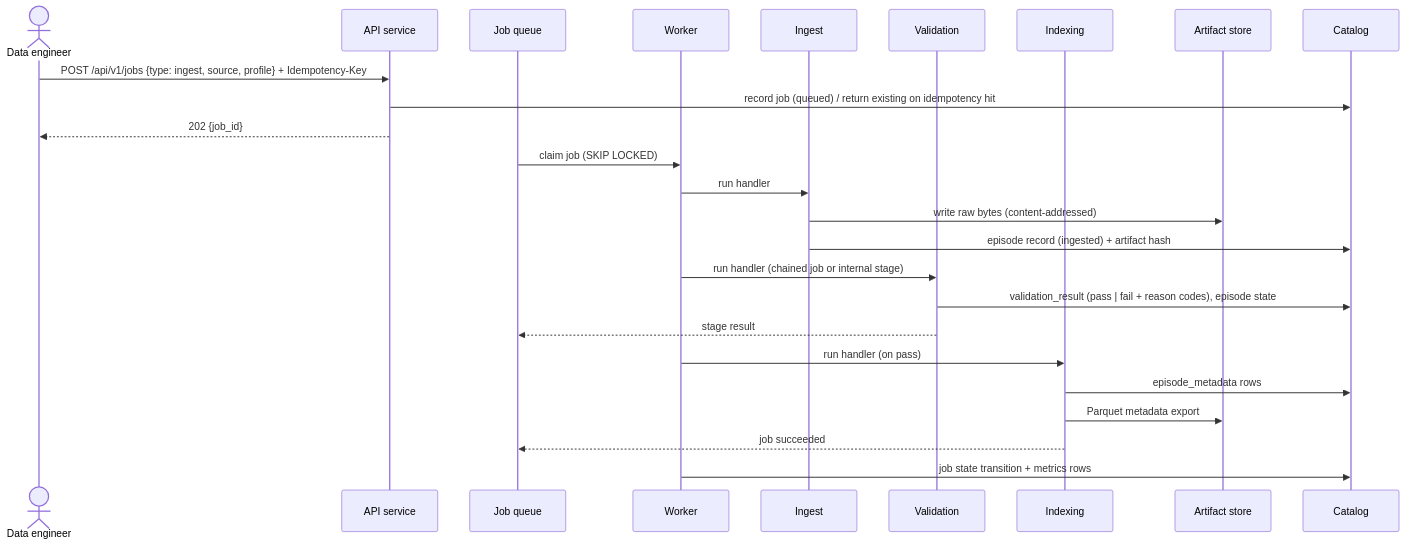
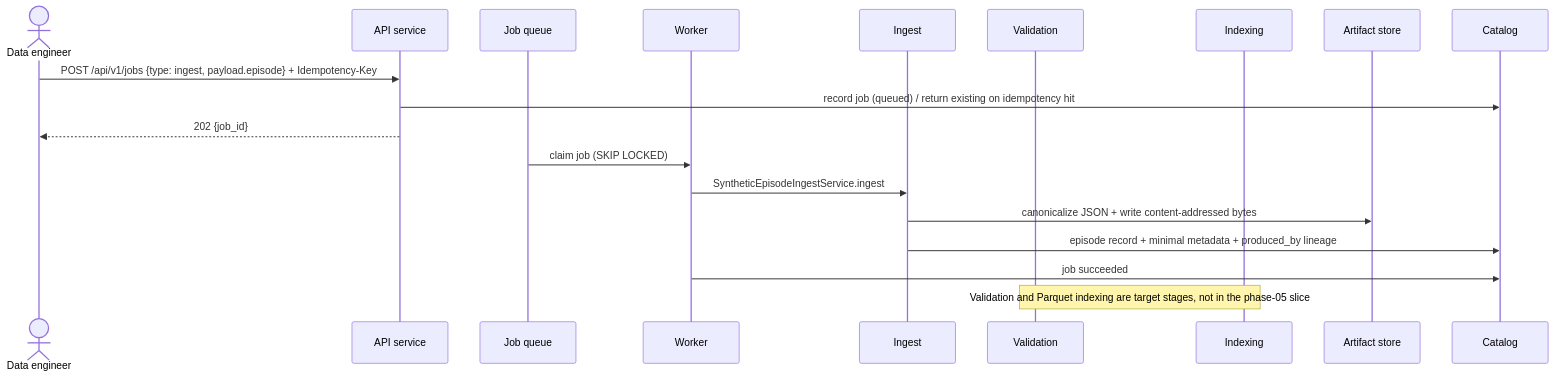
The first of 4 diagrams in agents/architecture/data-flow.md (eddisonpham/Faultlined), drawn with Mermaid before and after one commit. The commit also changed other lines of this file and 68 other files, not shown here.

First line of the commit message:
feat: add synthetic ingest and benchmark foundations

````diff
--- a/agents/architecture/data-flow.md
+++ b/agents/architecture/data-flow.md
@@ -8,28 +8,22 @@
 ```mermaid
 sequenceDiagram
   actor DE as Data engineer
   participant API as API service
   participant Q as Job queue
   participant W as Worker
   participant I as Ingest
   participant V as Validation
   participant IX as Indexing
   participant A as Artifact store
   participant C as Catalog
 
-  DE->>API: POST /api/v1/jobs {type: ingest, source, profile} + Idempotency-Key
+  DE->>API: POST /api/v1/jobs {type: ingest, payload.episode} + Idempotency-Key
   API->>C: record job (queued) / return existing on idempotency hit
   API-->>DE: 202 {job_id}
   Q->>W: claim job (SKIP LOCKED)
-  W->>I: run handler
-  I->>A: write raw bytes (content-addressed)
-  I->>C: episode record (ingested) + artifact hash
-  W->>V: run handler (chained job or internal stage)
-  V->>C: validation_result (pass | fail + reason codes), episode state
-  V-->>Q: stage result
-  W->>IX: run handler (on pass)
-  IX->>C: episode_metadata rows
-  IX->>A: Parquet metadata export
-  IX-->>Q: job succeeded
-  W->>C: job state transition + metrics rows
+  W->>I: SyntheticEpisodeIngestService.ingest
+  I->>A: canonicalize JSON + write content-addressed bytes
+  I->>C: episode record + minimal metadata + produced_by lineage
+  W->>C: job succeeded
+  Note over V,IX: Validation and Parquet indexing are target stages, not in the phase-05 slice
 ```
````
